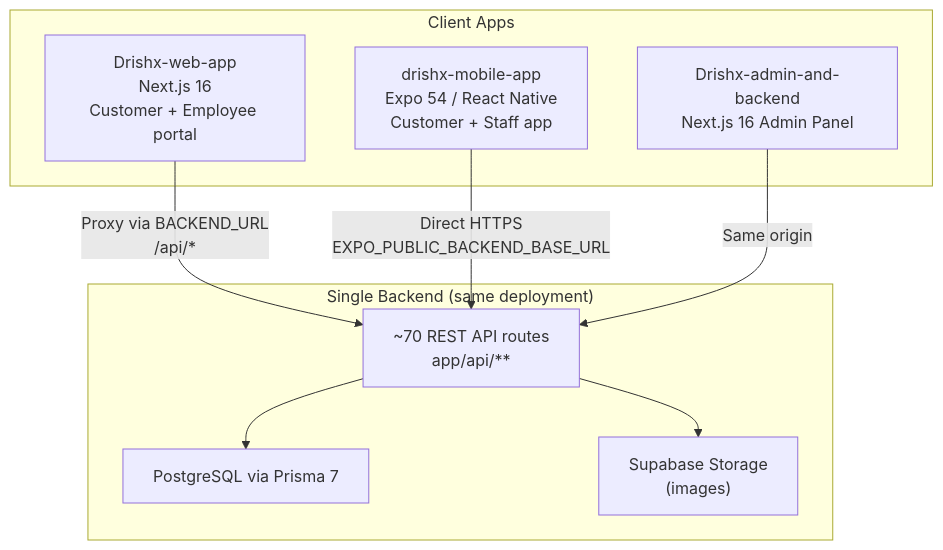
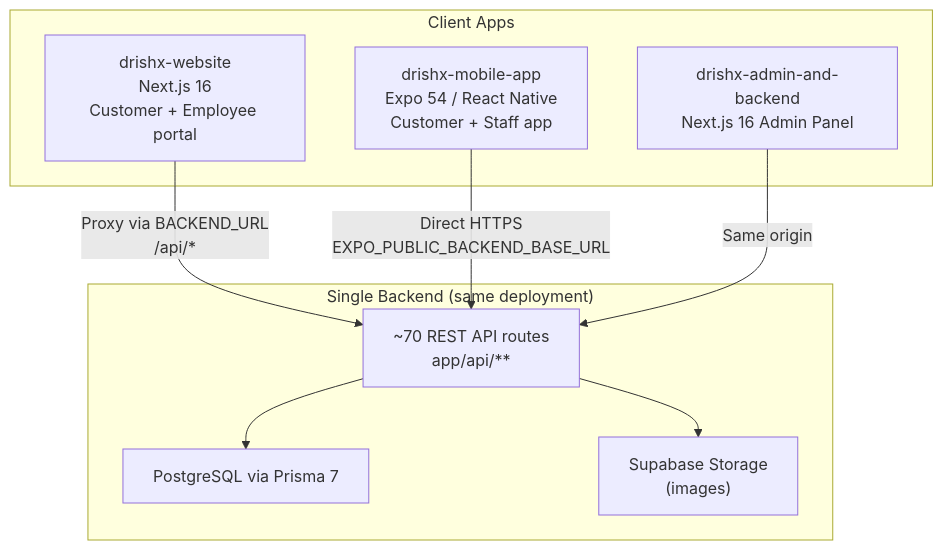
Before and after one commit to shreytanna15-prog/drishx-admin-backend: the diagram in docs/intro.md, drawn with Mermaid. The commit also changed other lines of this file and 35 other files, not shown here.

````diff
--- a/docs/intro.md
+++ b/docs/intro.md
@@ -21,20 +21,20 @@
 ```mermaid
 flowchart TB
     subgraph clients ["Client Apps"]
-        Web["Drishx-web-app<br/>Next.js 16<br/>Customer + Employee portal"]
+        Web["drishx-website<br/>Next.js 16<br/>Customer + Employee portal"]
         Mobile["drishx-mobile-app<br/>Expo 54 / React Native<br/>Customer + Staff app"]
-        Admin["Drishx-admin-and-backend<br/>Next.js 16 Admin Panel"]
+        Admin["drishx-admin-and-backend<br/>Next.js 16 Admin Panel"]
     end
 
     subgraph backend ["Single Backend (same deployment)"]
         API["~70 REST API routes<br/>app/api/**"]
         DB["PostgreSQL via Prisma 7"]
         Storage["Supabase Storage<br/>(images)"]
     end
 
     Web -->|"Proxy via BACKEND_URL<br/>/api/*"| API
     Mobile -->|"Direct HTTPS<br/>EXPO_PUBLIC_BACKEND_BASE_URL"| API
     Admin -->|"Same origin"| API
     API --> DB
     API --> Storage
 ```
````
